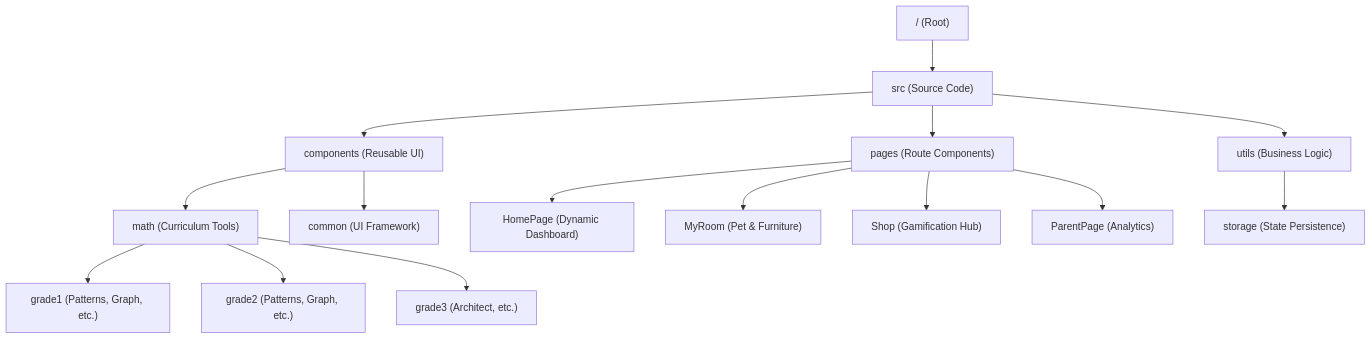
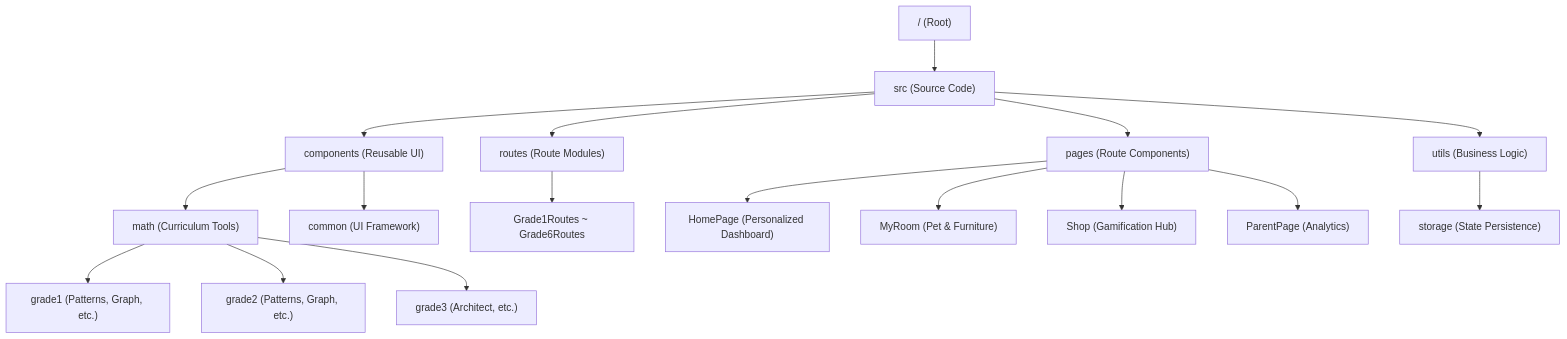
The diagram in .gravityBrain/SYSTEM_MAP.md (ff8scall/free-math), drawn with Mermaid before and after one commit. The commit also changed other lines of this file and 19 other files, not shown here.

Commit message:
feat: overhaul HomePage dashboard and refactor routing with lazy loading

````diff
--- a/.gravityBrain/SYSTEM_MAP.md
+++ b/.gravityBrain/SYSTEM_MAP.md
@@ -20,21 +20,25 @@
 ```mermaid
 graph TD
     Root["/ (Root)"] --> Src["src (Source Code)"]
     Src --> Components["components (Reusable UI)"]
     Src --> Pages["pages (Route Components)"]
     Src --> Utils["utils (Business Logic)"]
     
+    Src --> Routes["routes (Route Modules)"]
+    
     Components --> Math["math (Curriculum Tools)"]
     Components --> Common["common (UI Framework)"]
+    
+    Routes --> G1toG6["Grade1Routes ~ Grade6Routes"]
     
     Math --> Grade1["grade1 (Patterns, Graph, etc.)"]
     Math --> Grade2["grade2 (Patterns, Graph, etc.)"]
     Math --> Grade3["grade3 (Architect, etc.)"]
     
-    Pages --> HomePage["HomePage (Dynamic Dashboard)"]
+    Pages --> HomePage["HomePage (Personalized Dashboard)"]
     Pages --> MyRoom["MyRoom (Pet & Furniture)"]
     Pages --> Shop["Shop (Gamification Hub)"]
     Pages --> Parent["ParentPage (Analytics)"]
     
     Utils --> Storage["storage (State Persistence)"]
 ```
````
